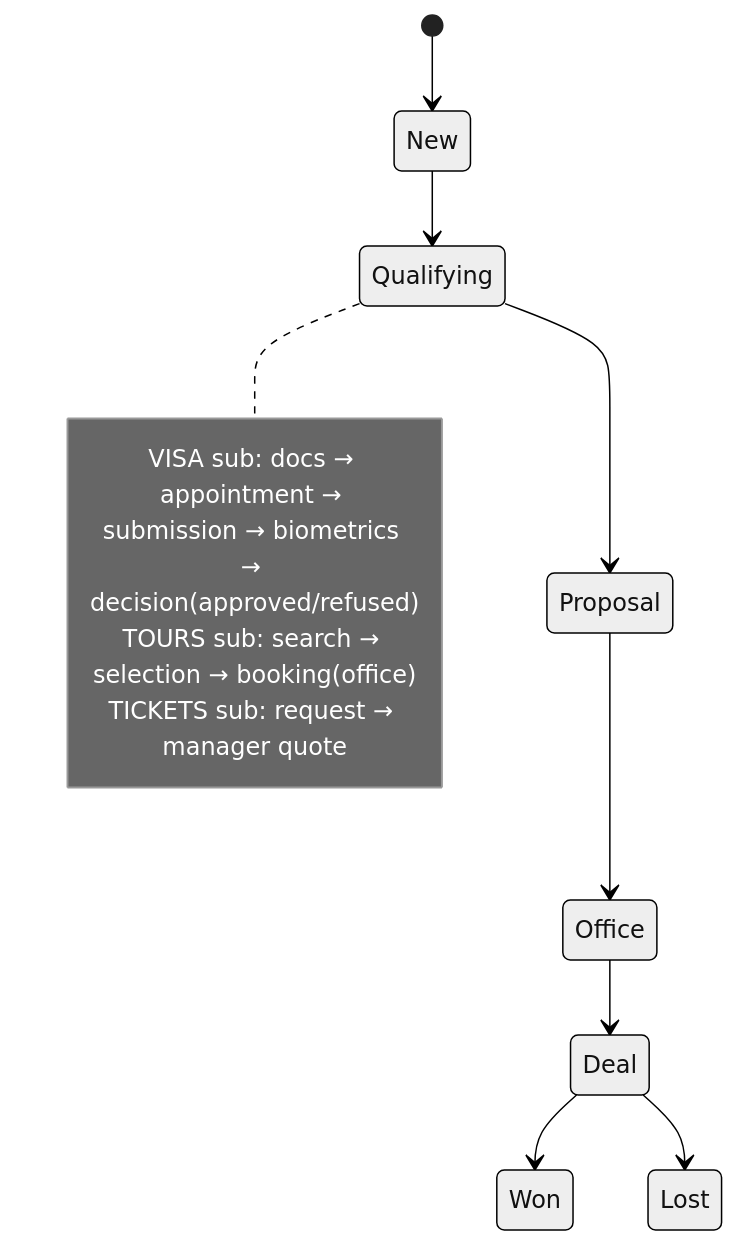
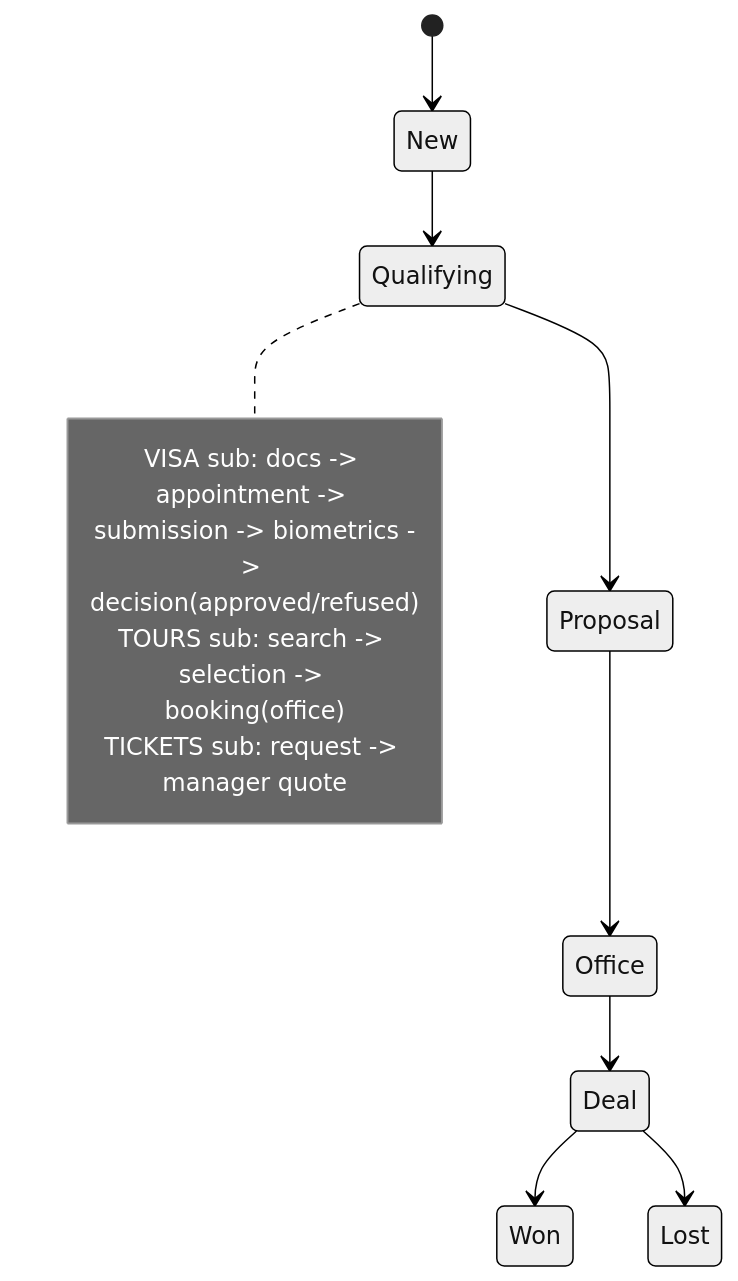
One commit to Ulfacar/frunze-travel-bot changed the second of 5 diagrams in docs/architecture/TARGET_DESIGN_PHASE2.md. Above: the diagram before and after it, drawn with Mermaid (neutral theme). The commit also changed other lines of this file, not shown here.

Commit message:
docs: address phase 2 architecture review findings

````diff
--- a/docs/architecture/TARGET_DESIGN_PHASE2.md
+++ b/docs/architecture/TARGET_DESIGN_PHASE2.md
@@ -69,15 +73,15 @@
 ```mermaid
 stateDiagram-v2
   [*] --> New
   New --> Qualifying
   Qualifying --> Proposal
   Proposal --> Office
   Office --> Deal
   Deal --> Won
   Deal --> Lost
   note right of Qualifying
-    VISA sub: docs → appointment → submission → biometrics → decision(approved/refused)
-    TOURS sub: search → selection → booking(office)
-    TICKETS sub: request → manager quote
+    VISA sub: docs -> appointment -> submission -> biometrics -> decision(approved/refused)
+    TOURS sub: search -> selection -> booking(office)
+    TICKETS sub: request -> manager quote
   end note
 ```
````
